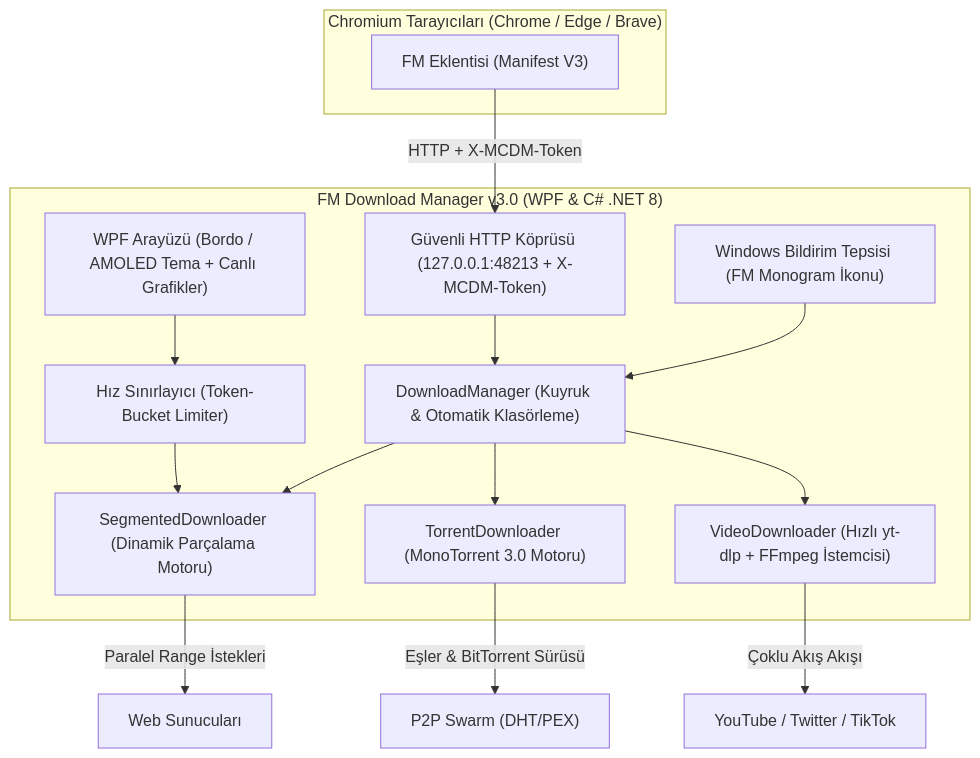
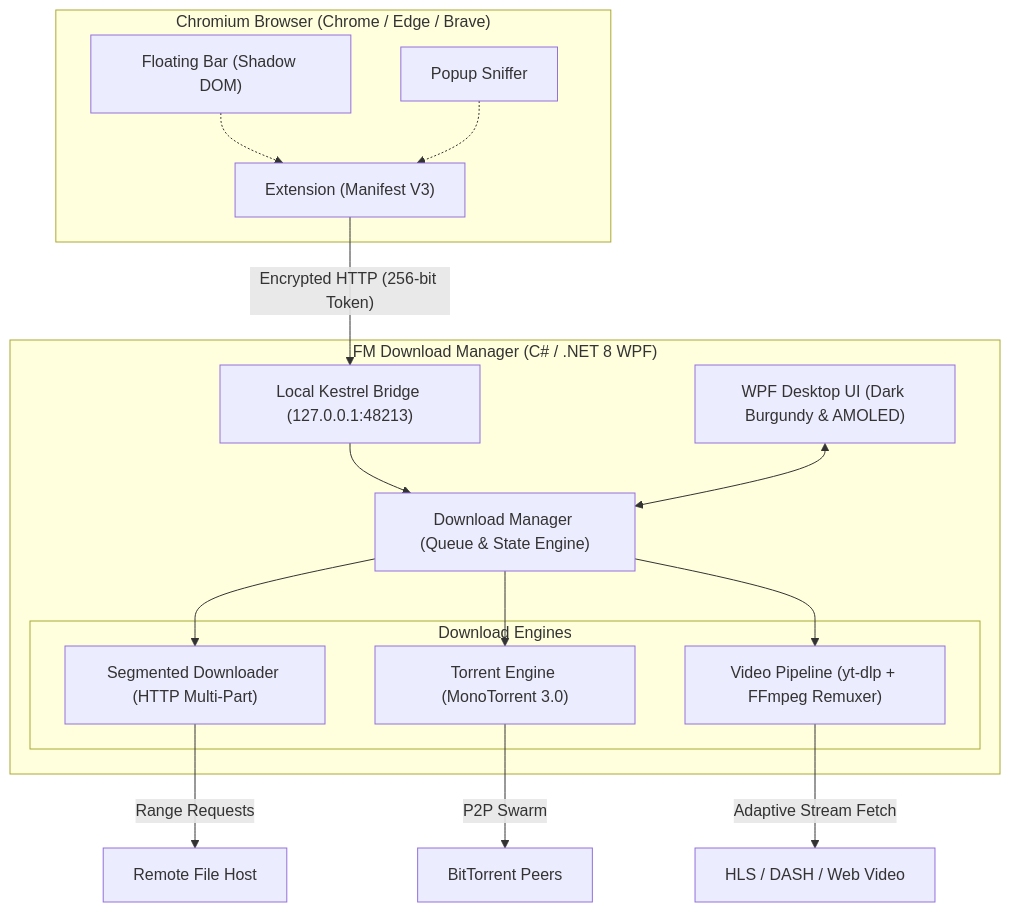
Before and after one commit to Ferdi-krbk/fm-download-manager: the diagram in README.md, drawn with Mermaid. The commit also changed other lines of this file and 4 other files, not shown here.

````diff
--- a/README.md
+++ b/README.md
@@ -168,29 +104,32 @@
 ```mermaid
 flowchart TD
-    subgraph Browser["Chromium Tarayıcıları (Chrome / Edge / Brave)"]
-        EXT["FM Eklentisi (Manifest V3)"]
+    subgraph Browser["Chromium Browser (Chrome / Edge / Brave)"]
+        EXT["Extension (Manifest V3)"]
+        BAR["Floating Bar (Shadow DOM)"]
+        POP["Popup Sniffer"]
     end
 
-    subgraph DesktopApp["FM Download Manager v3.0 (WPF & C# .NET 8)"]
-        UI["WPF Arayüzü (Bordo / AMOLED Tema + Canlı Grafikler)"]
-        TRAY["Windows Bildirim Tepsisi (FM Monogram İkonu)"]
-        LIMITER["Hız Sınırlayıcı (Token-Bucket Limiter)"]
-        BRIDGE["Güvenli HTTP Köprüsü (127.0.0.1:48213 + X-MCDM-Token)"]
-        MGR["DownloadManager (Kuyruk & Otomatik Klasörleme)"]
-        HTTP_ENG["SegmentedDownloader (Dinamik Parçalama Motoru)"]
-        TORRENT_ENG["TorrentDownloader (MonoTorrent 3.0 Motoru)"]
-        VIDEO_ENG["VideoDownloader (Hızlı yt-dlp + FFmpeg İstemcisi)"]
+    subgraph Desktop["FM Download Manager (C# / .NET 8 WPF)"]
+        UI["WPF Desktop UI (Dark Burgundy & AMOLED)"]
+        BRIDGE["Local Kestrel Bridge (127.0.0.1:48213)"]
+        MGR["Download Manager (Queue & State Engine)"]
+        
+        subgraph Engines["Download Engines"]
+            SEG["Segmented Downloader (HTTP Multi-Part)"]
+            TOR["Torrent Engine (MonoTorrent 3.0)"]
+            VID["Video Pipeline (yt-dlp + FFmpeg Remuxer)"]
+        end
     end
 
-    EXT -- "HTTP + X-MCDM-Token" --> BRIDGE
+    EXT -- "Encrypted HTTP (256-bit Token)" --> BRIDGE
+    BAR -.-> EXT
+    POP -.-> EXT
     BRIDGE --> MGR
-    UI --> LIMITER
-    LIMITER --> HTTP_ENG
-    MGR --> HTTP_ENG
-    MGR --> TORRENT_ENG
-    MGR --> VIDEO_ENG
-    TRAY --> MGR
-    HTTP_ENG -- "Paralel Range İstekleri" --> WebServers["Web Sunucuları"]
-    TORRENT_ENG -- "Eşler & BitTorrent Sürüsü" --> P2P["P2P Swarm (DHT/PEX)"]
-    VIDEO_ENG -- "Çoklu Akış Akışı" --> VideoHosts["YouTube / Twitter / TikTok"]
+    UI <--> MGR
+    MGR --> SEG
+    MGR --> TOR
+    MGR --> VID
+    SEG -- "Range Requests" --> WebServer["Remote File Host"]
+    TOR -- "P2P Swarm" --> P2P["BitTorrent Peers"]
+    VID -- "Adaptive Stream Fetch" --> MediaHost["HLS / DASH / Web Video"]
 ```
````
